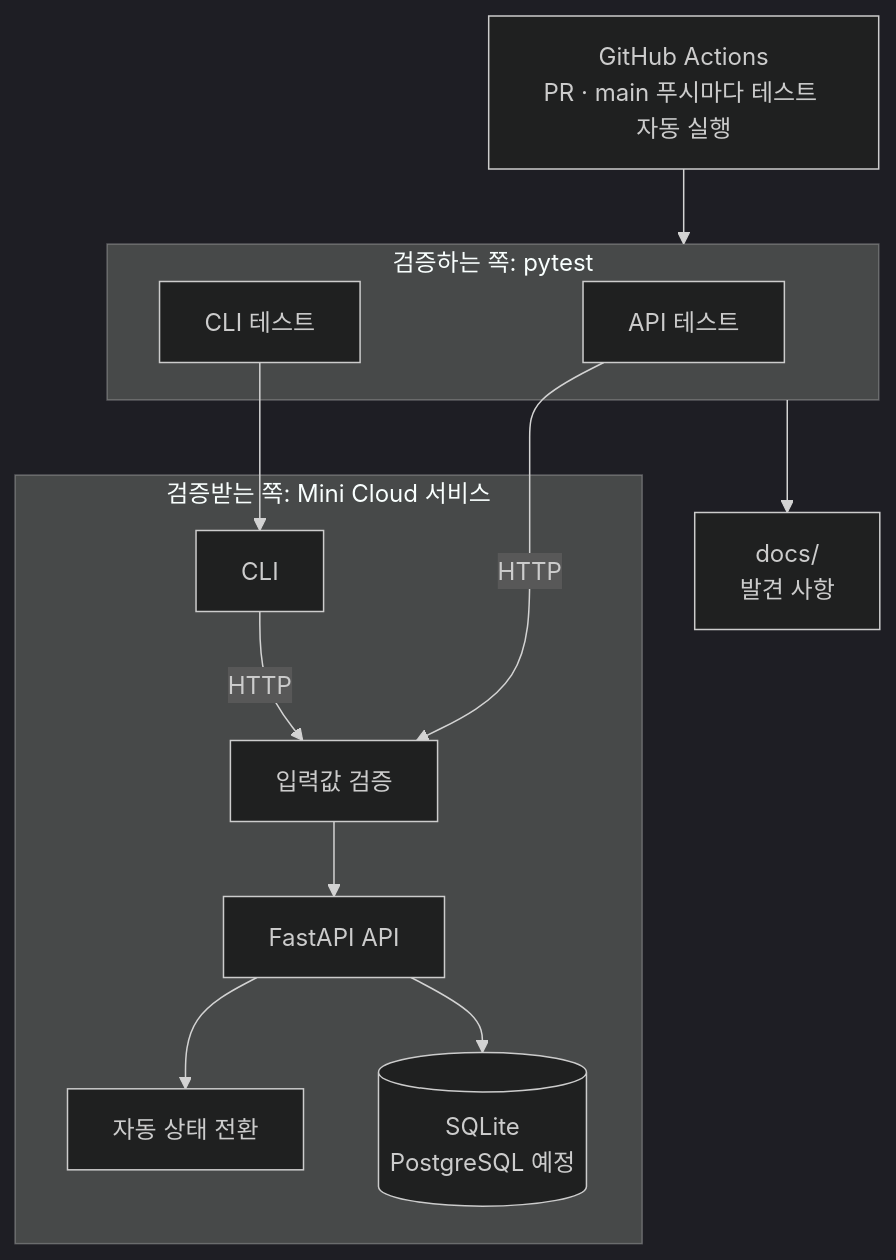
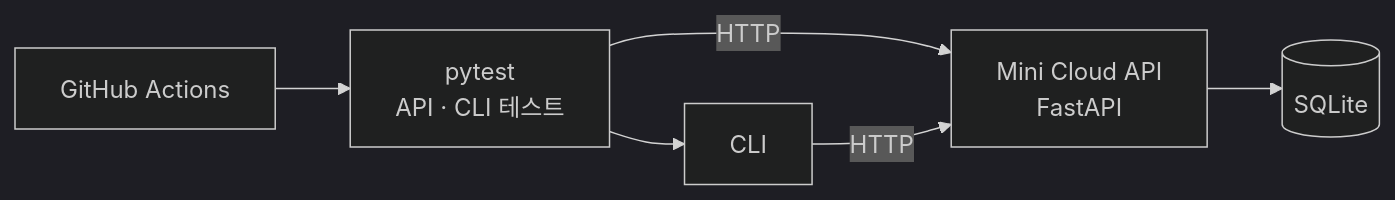
The diagram in README.md (dra2sun7/mini-cloud-qa), drawn with Mermaid (dark theme) before and after one commit. The commit also changed other lines of this file, not shown here.

````diff
--- a/README.md
+++ b/README.md
@@ -31,28 +8,8 @@
 ```mermaid
-flowchart TB
-    CI[GitHub Actions<br/>PR · main 푸시마다 테스트 자동 실행]
-
-    subgraph Tester[검증하는 쪽: pytest]
-        APITest[API 테스트]
-        CLITest[CLI 테스트]
-    end
-
-    subgraph Target[검증받는 쪽: Mini Cloud 서비스]
-        Schema[입력값 검증]
-        API[FastAPI API]
-        Life[자동 상태 전환]
-        DB[(SQLite<br/>PostgreSQL 예정)]
-        CLI[CLI]
-    end
-
-    Docs[docs/<br/>발견 사항]
-
-    CI --> Tester
-    APITest -->|HTTP| Schema
-    CLITest --> CLI
-    CLI -->|HTTP| Schema
-    Schema --> API
-    API --> Life
-    API --> DB
-    Tester --> Docs
+flowchart LR
+    CI[GitHub Actions] --> Test[pytest<br/>API · CLI 테스트]
+    Test -->|HTTP| API[Mini Cloud API<br/>FastAPI]
+    CLI[CLI] -->|HTTP| API
+    Test --> CLI
+    API --> DB[(SQLite)]
 ```
````
